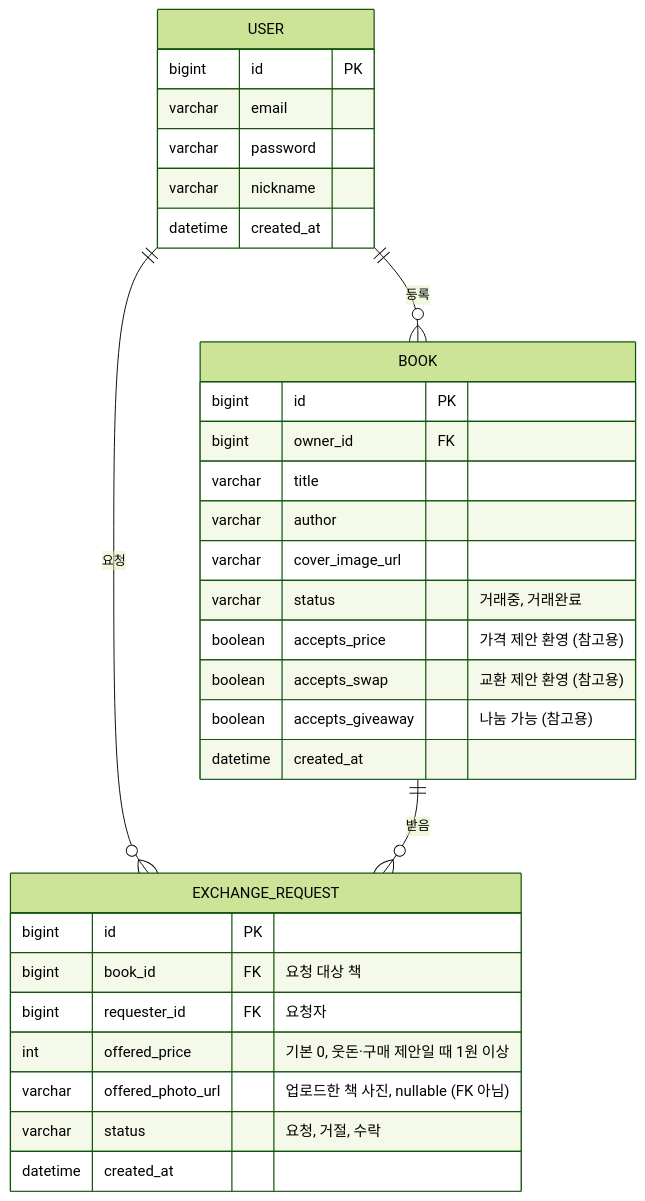
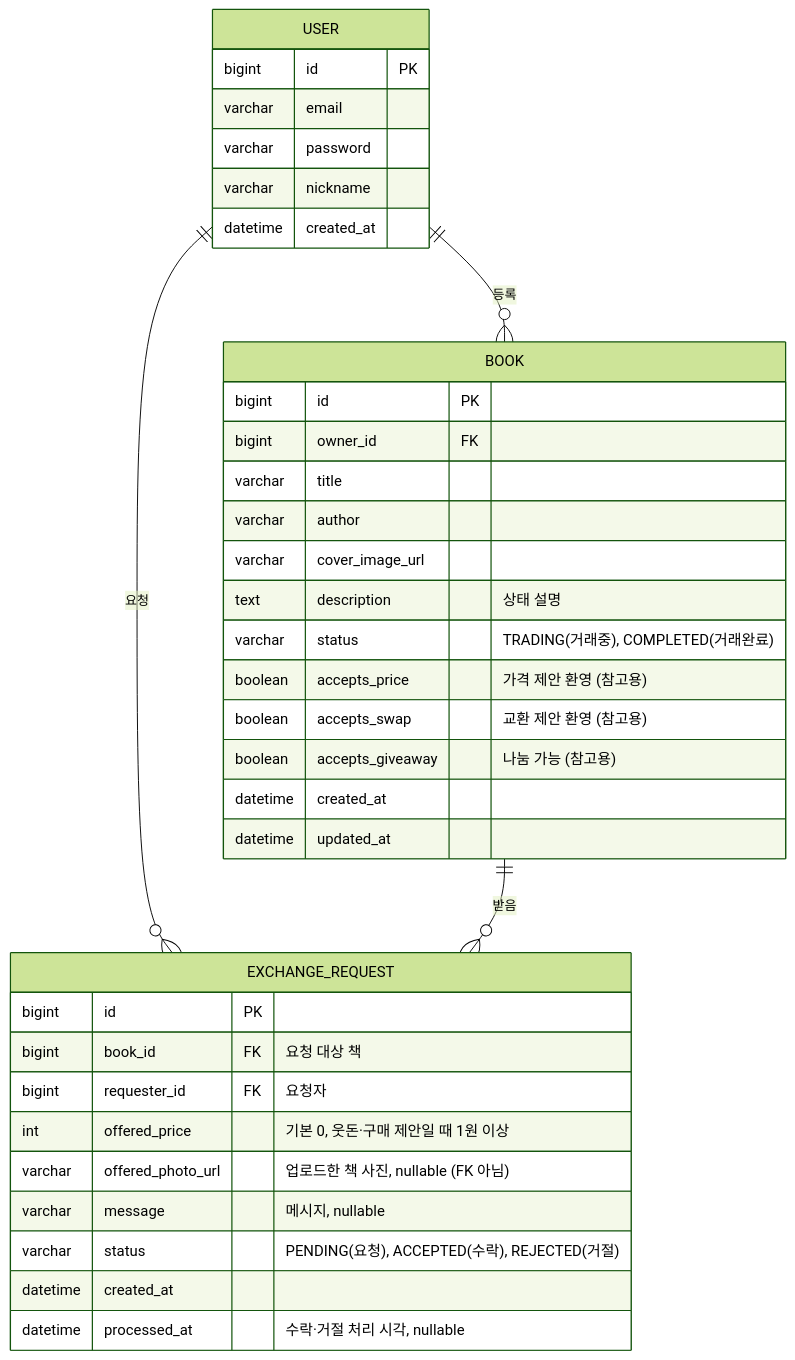
The diagram in docs/02_ERD.md (CLD-8th/project1-team01), drawn with Mermaid (forest theme) before and after one commit. The commit also changed other lines of this file and 46 other files, not shown here.

````diff
--- a/docs/02_ERD.md
+++ b/docs/02_ERD.md
@@ -20,37 +20,41 @@
 ```mermaid
 erDiagram
     USER ||--o{ BOOK : "등록"
     USER ||--o{ EXCHANGE_REQUEST : "요청"
     BOOK ||--o{ EXCHANGE_REQUEST : "받음"
 
     USER {
         bigint id PK
         varchar email
         varchar password
         varchar nickname
         datetime created_at
     }
 
     BOOK {
         bigint id PK
         bigint owner_id FK
         varchar title
         varchar author
         varchar cover_image_url
-        varchar status "거래중, 거래완료"
+        text description "상태 설명"
+        varchar status "TRADING(거래중), COMPLETED(거래완료)"
         boolean accepts_price "가격 제안 환영 (참고용)"
         boolean accepts_swap "교환 제안 환영 (참고용)"
         boolean accepts_giveaway "나눔 가능 (참고용)"
         datetime created_at
+        datetime updated_at
     }
 
     EXCHANGE_REQUEST {
         bigint id PK
         bigint book_id FK "요청 대상 책"
         bigint requester_id FK "요청자"
         int offered_price "기본 0, 웃돈·구매 제안일 때 1원 이상"
         varchar offered_photo_url "업로드한 책 사진, nullable (FK 아님)"
-        varchar status "요청, 거절, 수락"
+        varchar message "메시지, nullable"
+        varchar status "PENDING(요청), ACCEPTED(수락), REJECTED(거절)"
         datetime created_at
+        datetime processed_at "수락·거절 처리 시각, nullable"
     }
 ```
````
